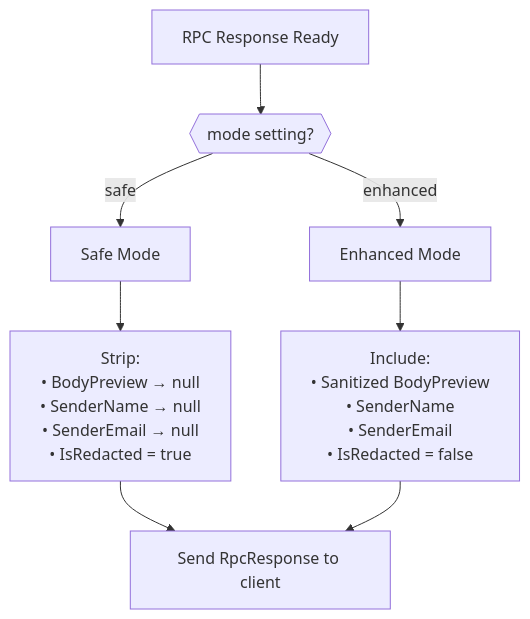
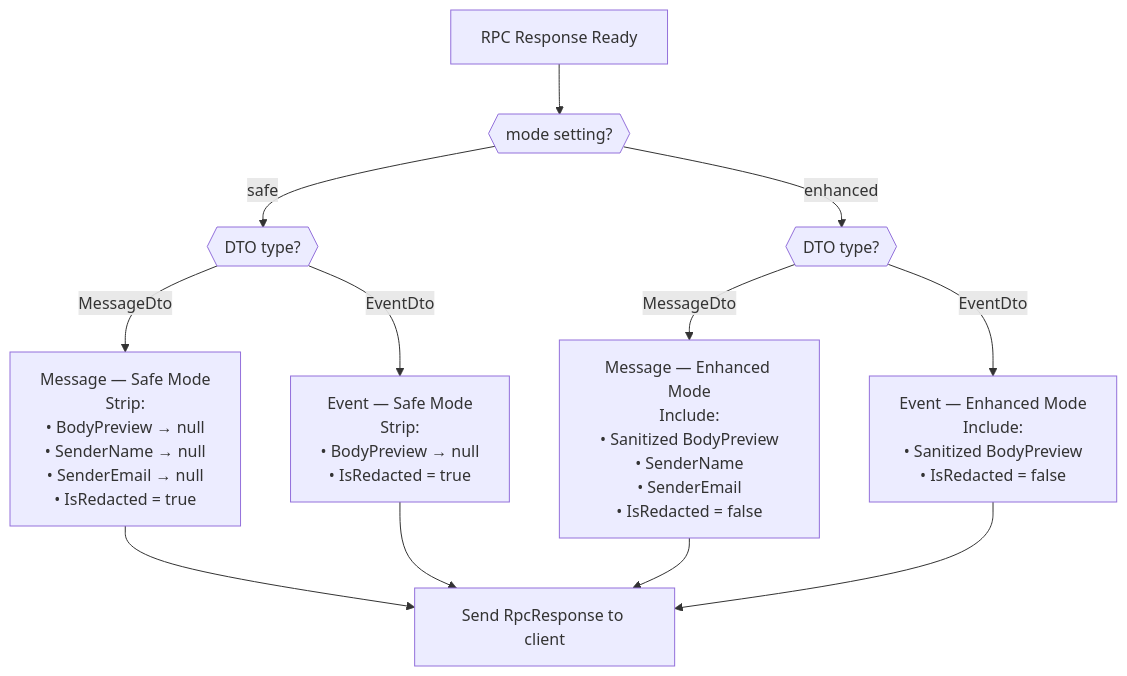
One commit to drmoisan/open-claw-bridge changed the sixth of 8 diagrams in docs/architecture-diagrams.md. Above: the diagram before and after it, drawn with Mermaid. The commit also changed other lines of this file and 45 other files, not shown here.

````diff
--- a/docs/architecture-diagrams.md
+++ b/docs/architecture-diagrams.md
@@ -190,18 +199,25 @@
 ```mermaid
 flowchart TD
     REQ["RPC Response Ready"]
     MODE{{"mode setting?"}}
-    SAFE["Safe Mode"]
-    ENH["Enhanced Mode"]
-    STRIP["Strip:<br/>• BodyPreview → null<br/>• SenderName → null<br/>• SenderEmail → null<br/>• IsRedacted = true"]
-    KEEP["Include:<br/>• Sanitized BodyPreview<br/>• SenderName<br/>• SenderEmail<br/>• IsRedacted = false"]
+    TYPE{{"DTO type?"}}
+    TYPE2{{"DTO type?"}}
+
+    SAFE_MSG["Message — Safe Mode<br/>Strip:<br/>• BodyPreview → null<br/>• SenderName → null<br/>• SenderEmail → null<br/>• IsRedacted = true"]
+    SAFE_EVT["Event — Safe Mode<br/>Strip:<br/>• BodyPreview → null<br/>• IsRedacted = true"]
+    ENH_MSG["Message — Enhanced Mode<br/>Include:<br/>• Sanitized BodyPreview<br/>• SenderName<br/>• SenderEmail<br/>• IsRedacted = false"]
+    ENH_EVT["Event — Enhanced Mode<br/>Include:<br/>• Sanitized BodyPreview<br/>• IsRedacted = false"]
     OUT["Send RpcResponse to client"]
 
     REQ --> MODE
-    MODE -- "safe" --> SAFE
-    MODE -- "enhanced" --> ENH
-    SAFE --> STRIP
-    ENH --> KEEP
-    STRIP --> OUT
-    KEEP --> OUT
+    MODE -- "safe" --> TYPE
+    MODE -- "enhanced" --> TYPE2
+    TYPE -- "MessageDto" --> SAFE_MSG
+    TYPE -- "EventDto" --> SAFE_EVT
+    TYPE2 -- "MessageDto" --> ENH_MSG
+    TYPE2 -- "EventDto" --> ENH_EVT
+    SAFE_MSG --> OUT
+    SAFE_EVT --> OUT
+    ENH_MSG --> OUT
+    ENH_EVT --> OUT
 ```
````
